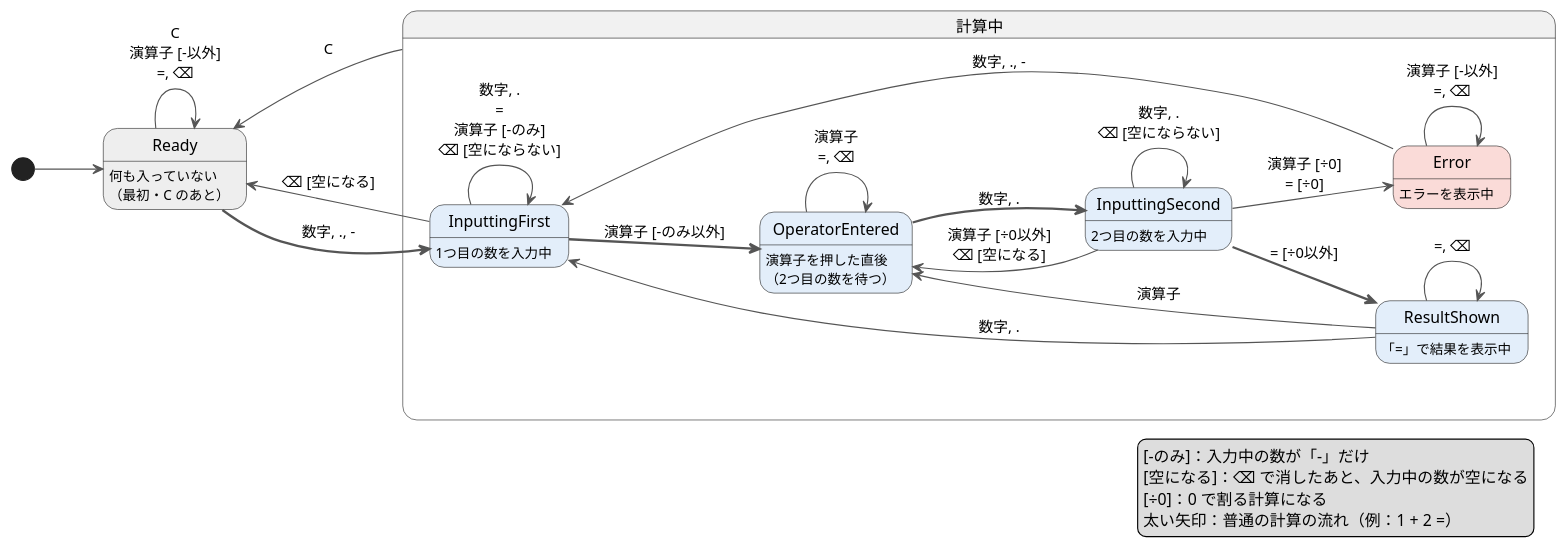
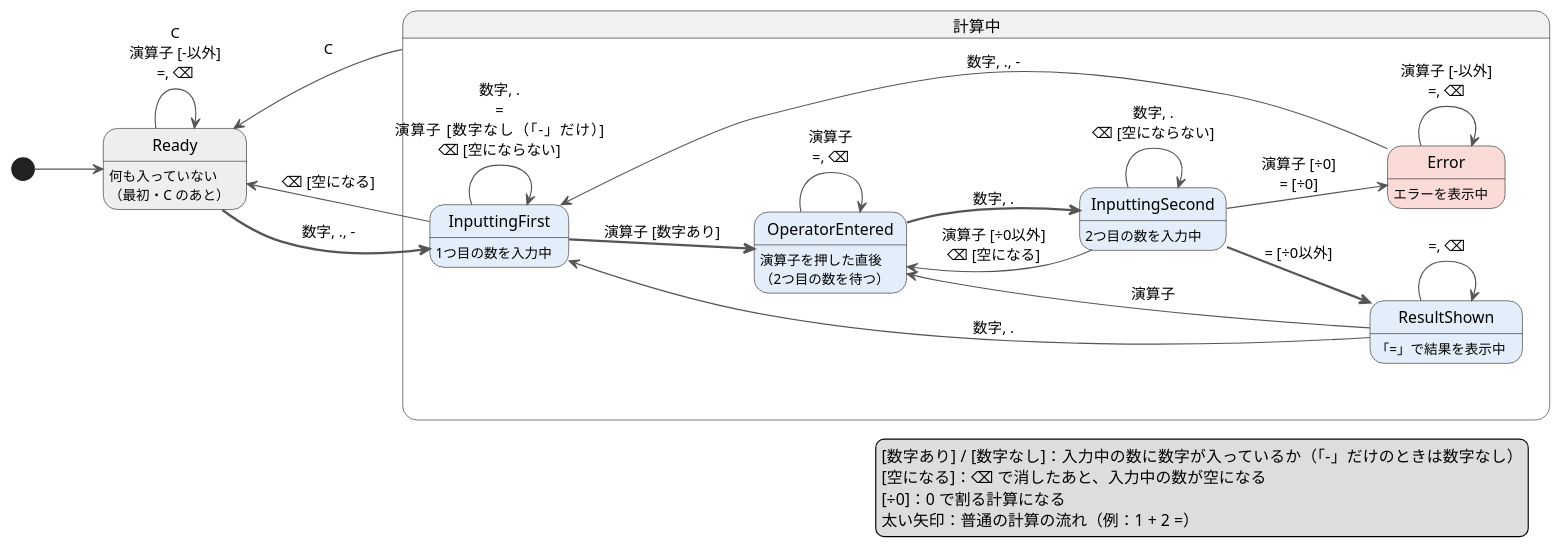
One commit to ryutaro-code/calculator-refactor changed the diagram in docs/状態遷移図.md. Above: the diagram before and after it, drawn with PlantUML. The commit also changed 1 other file, not shown here.

Commit message:
docs: 状態遷移図の条件名を分かりやすく修正
講師のレビューを受けて、InputtingFirst の演算子の条件を [-のみ] / [-のみ以外] から [数字なし（「-」だけ）] / [数字あり] に変更。押した演算子が「-」かどうかと、入力中の数が「-」だけかどうかが紛らわしかったため。凡例と画像も合わせて更新した。

````diff
--- a/docs/状態遷移図.md
+++ b/docs/状態遷移図.md
@@ -9,51 +9,51 @@
 ```plantuml
 @startuml
 left to right direction
 skinparam ArrowColor #555555
 
 state Ready #EEEEEE
 state 計算中 {
   state InputtingFirst #E3EEFA
   state OperatorEntered #E3EEFA
   state InputtingSecond #E3EEFA
   state ResultShown #E3EEFA
   state Error #FADBD8
 }
 
 Ready : 何も入っていない
 Ready : （最初・C のあと）
 InputtingFirst : 1つ目の数を入力中
 OperatorEntered : 演算子を押した直後
 OperatorEntered : （2つ目の数を待つ）
 InputtingSecond : 2つ目の数を入力中
 ResultShown : 「=」で結果を表示中
 Error : エラーを表示中
 
 [*] --> Ready
 Ready <-- 計算中 : C
 
 Ready --> Ready : C\n演算子 [-以外]\n&#61;, ⌫
 Ready -[bold]-> InputtingFirst : 数字, ., -
 Ready <-- InputtingFirst : ⌫ [空になる]
-InputtingFirst --> InputtingFirst : 数字, .\n&#61;\n演算子 [-のみ]\n⌫ [空にならない]
-InputtingFirst -[bold]-> OperatorEntered : 演算子 [-のみ以外]
+InputtingFirst --> InputtingFirst : 数字, .\n&#61;\n演算子 [数字なし（「-」だけ）]\n⌫ [空にならない]
+InputtingFirst -[bold]-> OperatorEntered : 演算子 [数字あり]
 OperatorEntered --> OperatorEntered : 演算子\n&#61;, ⌫
 OperatorEntered -[bold]-> InputtingSecond : 数字, .
 InputtingSecond --> InputtingSecond : 数字, .\n⌫ [空にならない]
 InputtingSecond --> OperatorEntered : 演算子 [÷0以外]\n⌫ [空になる]
 InputtingSecond --> Error : 演算子 [÷0]\n&#61; [÷0]
 InputtingSecond -[bold]-> ResultShown : &#61; [÷0以外]
 ResultShown --> ResultShown : &#61;, ⌫
 ResultShown --> OperatorEntered : 演算子
 ResultShown --> InputtingFirst : 数字, .
 Error --> InputtingFirst : 数字, ., -
 Error --> Error : 演算子 [-以外]\n&#61;, ⌫
 
 legend right
-  [-のみ]：入力中の数が「-」だけ
+  [数字あり] / [数字なし]：入力中の数に数字が入っているか（「-」だけのときは数字なし）
   [空になる]：⌫ で消したあと、入力中の数が空になる
   [÷0]：0 で割る計算になる
   太い矢印：普通の計算の流れ（例：1 + 2 =）
 endlegend
 @enduml
 ```
````
